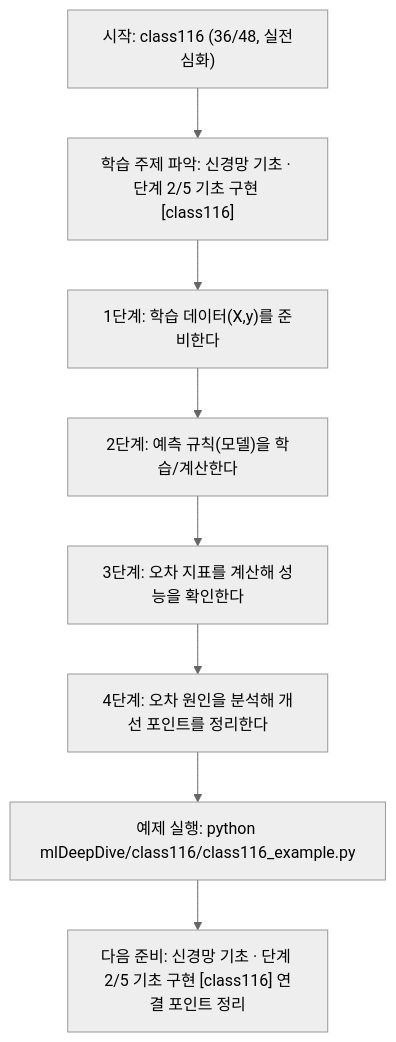
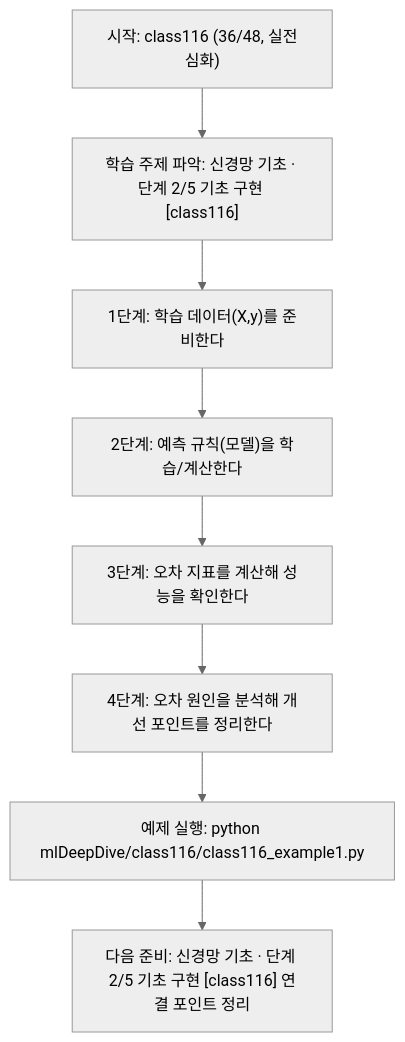
One commit to edumgt/Python-AI_Agent-Class changed the diagram in mlDeepDive/class116/class116.md. Above: the diagram before and after it, drawn with Mermaid (neutral theme). The commit also changed other lines of this file and 2959 other files, not shown here.

````diff
--- a/mlDeepDive/class116/class116.md
+++ b/mlDeepDive/class116/class116.md
@@ -109,18 +109,18 @@
 ```mermaid
 flowchart TD
 N1["시작: class116 (36/48, 실전심화)"]
 N2["학습 주제 파악: 신경망 기초 · 단계 2/5 기초 구현 [class116]"]
 N3["1단계: 학습 데이터(X,y)를 준비한다"]
 N4["2단계: 예측 규칙(모델)을 학습/계산한다"]
 N5["3단계: 오차 지표를 계산해 성능을 확인한다"]
 N6["4단계: 오차 원인을 분석해 개선 포인트를 정리한다"]
-N7["예제 실행: python mlDeepDive/class116/class116_example.py"]
+N7["예제 실행: python mlDeepDive/class116/class116_example1.py"]
 N8["다음 준비: 신경망 기초 · 단계 2/5 기초 구현 [class116] 연결 포인트 정리"]
 N1 --> N2
 N2 --> N3
 N3 --> N4
 N4 --> N5
 N5 --> N6
 N6 --> N7
 N7 --> N8
 ```
````
